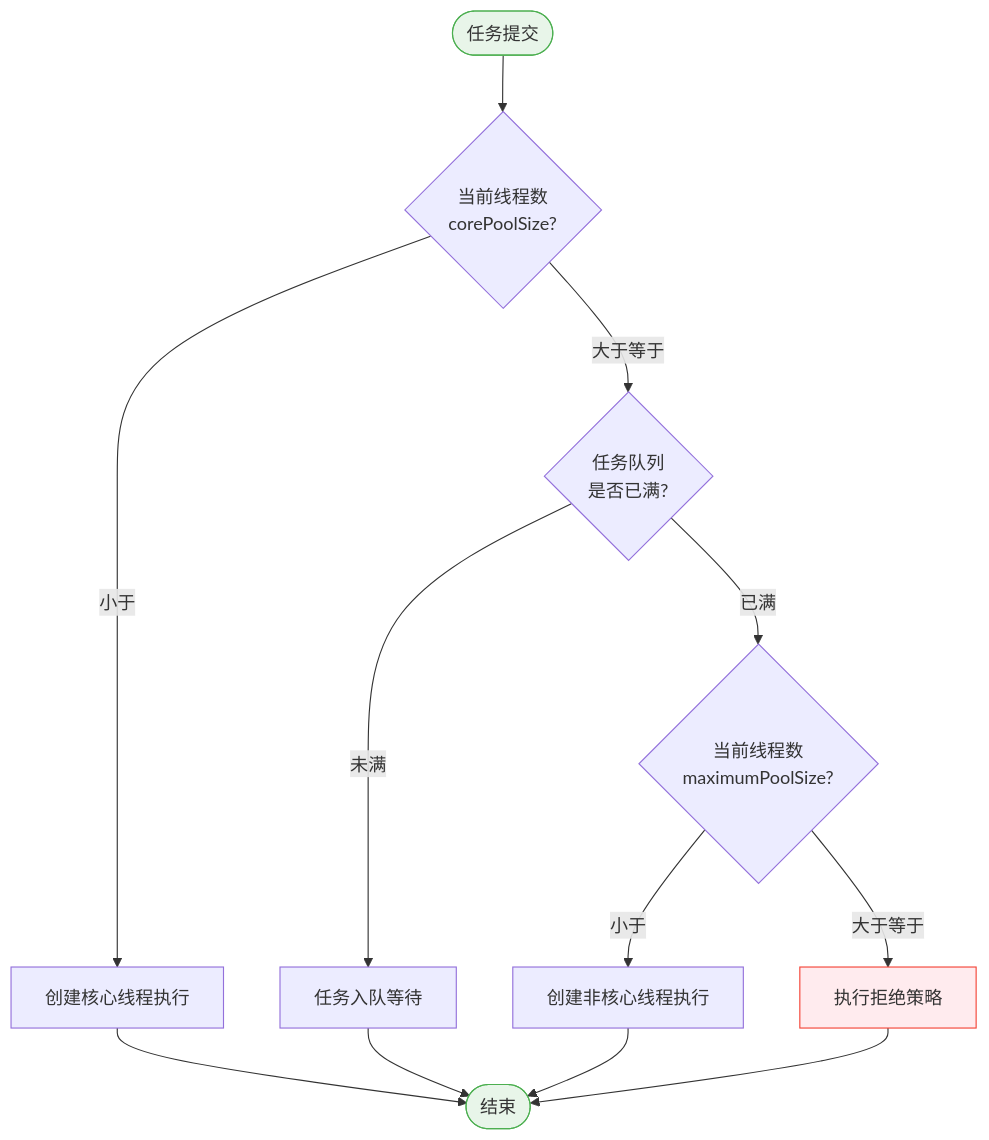
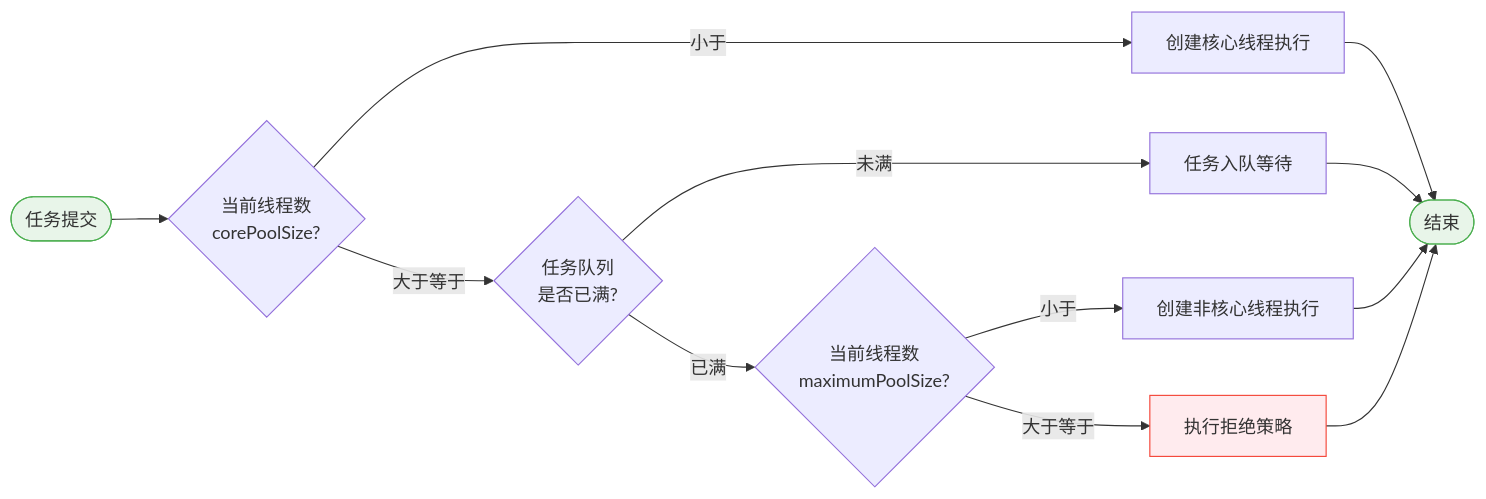
One commit to newjiang/learninghub changed the fifth of 13 diagrams in chapter_01_编程语言/chapter_01_java/线程池.md. Above: the diagram before and after it, drawn with Mermaid. The commit also changed other lines of this file and 4 other files, not shown here.

````diff
--- a/chapter_01_编程语言/chapter_01_java/线程池.md
+++ b/chapter_01_编程语言/chapter_01_java/线程池.md
@@ -165,22 +165,22 @@
 ```mermaid
-flowchart TD
+flowchart LR
     Start([任务提交]) --> Check1{当前线程数<br/>corePoolSize?}
     
     Check1 -->|小于| CreateCore[创建核心线程执行]
     Check1 -->|大于等于| Check2{任务队列<br/>是否已满?}
     
     Check2 -->|未满| Enqueue[任务入队等待]
     Check2 -->|已满| Check3{当前线程数<br/>maximumPoolSize?}
     
     Check3 -->|小于| CreateNonCore[创建非核心线程执行]
     Check3 -->|大于等于| Reject[执行拒绝策略]
     
     CreateCore --> End([结束])
     Enqueue --> End
     CreateNonCore --> End
     Reject --> End
     
     style Start fill:#e8f5e9,stroke:#4caf50
     style End fill:#e8f5e9,stroke:#4caf50
     style Reject fill:#ffebee,stroke:#f44336
 ```
````
